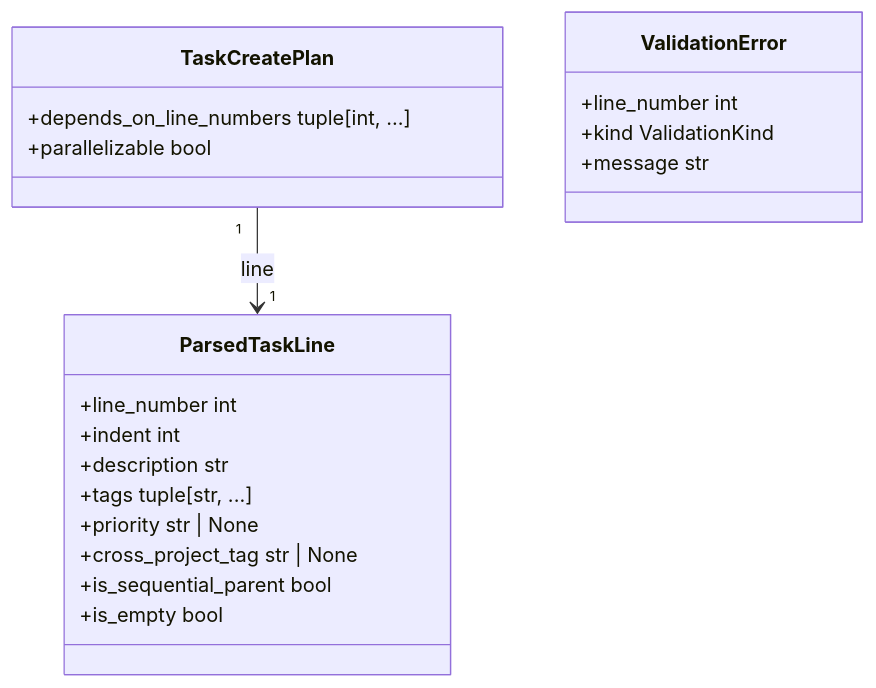
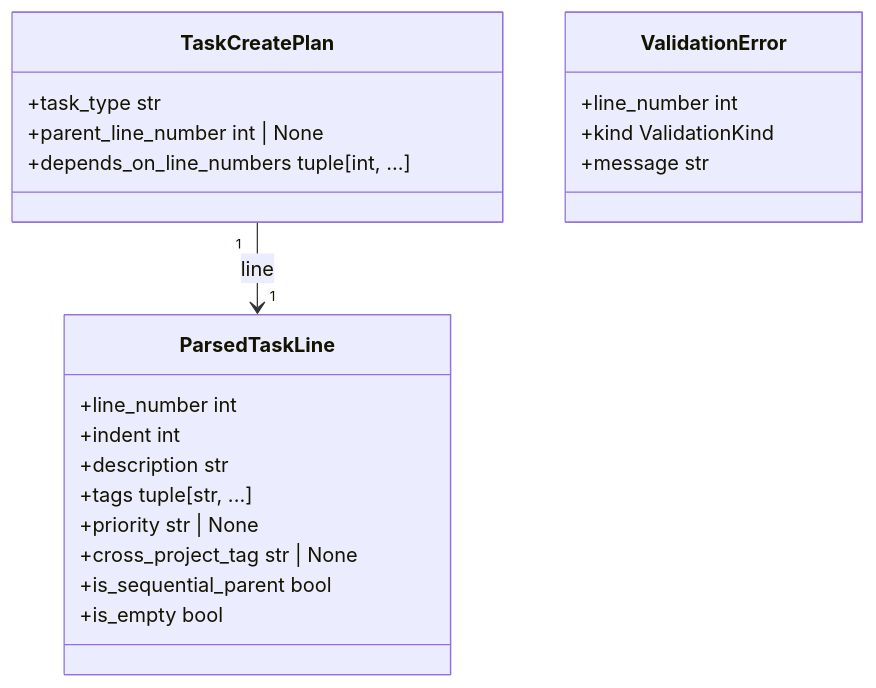
Before and after one commit to agent-lore/lithos-loom: the third of 3 diagrams in docs/generated/domain_model.md, drawn with Mermaid. The commit also changed 13 other files, not shown here.

First line of the commit message:
fix(import): build a real task graph instead of rejected metadata (G.US9) (#260)

````diff
--- a/docs/generated/domain_model.md
+++ b/docs/generated/domain_model.md
@@ -83,23 +83,24 @@
 ```mermaid
 classDiagram
   class ParsedTaskLine {
     +line_number int
     +indent int
     +description str
     +tags tuple[str, ...]
     +priority str | None
     +cross_project_tag str | None
     +is_sequential_parent bool
     +is_empty bool
   }
   class TaskCreatePlan {
+    +task_type str
+    +parent_line_number int | None
     +depends_on_line_numbers tuple[int, ...]
-    +parallelizable bool
   }
   class ValidationError {
     +line_number int
     +kind ValidationKind
     +message str
   }
   TaskCreatePlan "1" --> "1" ParsedTaskLine : line
 ```
````
